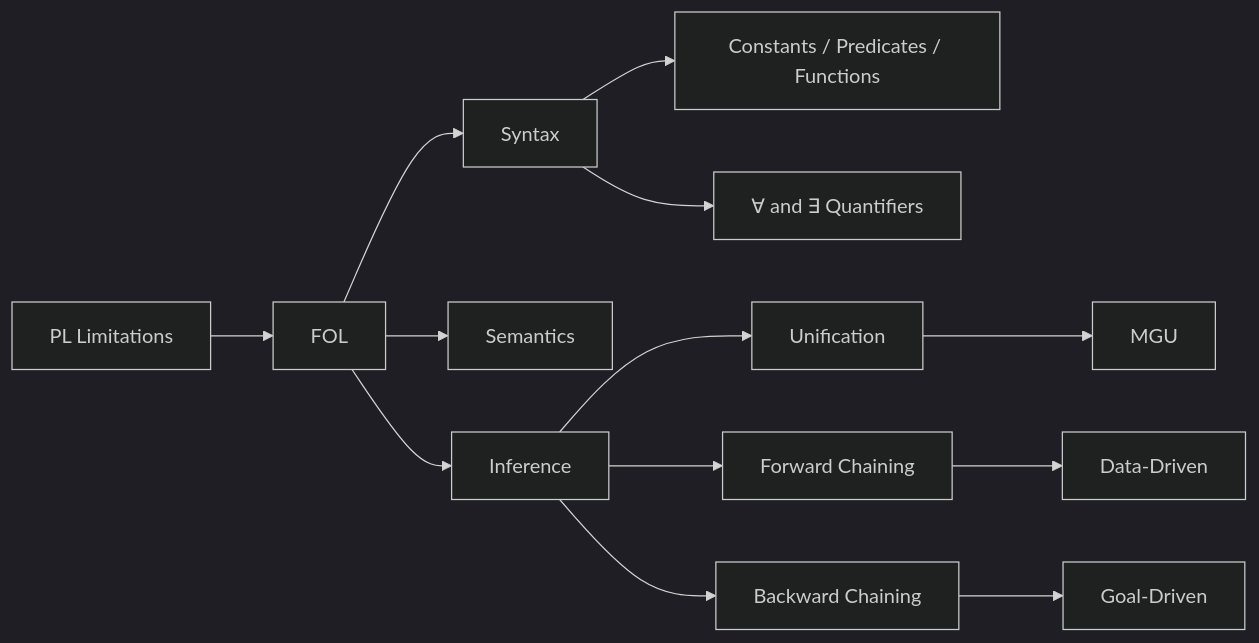
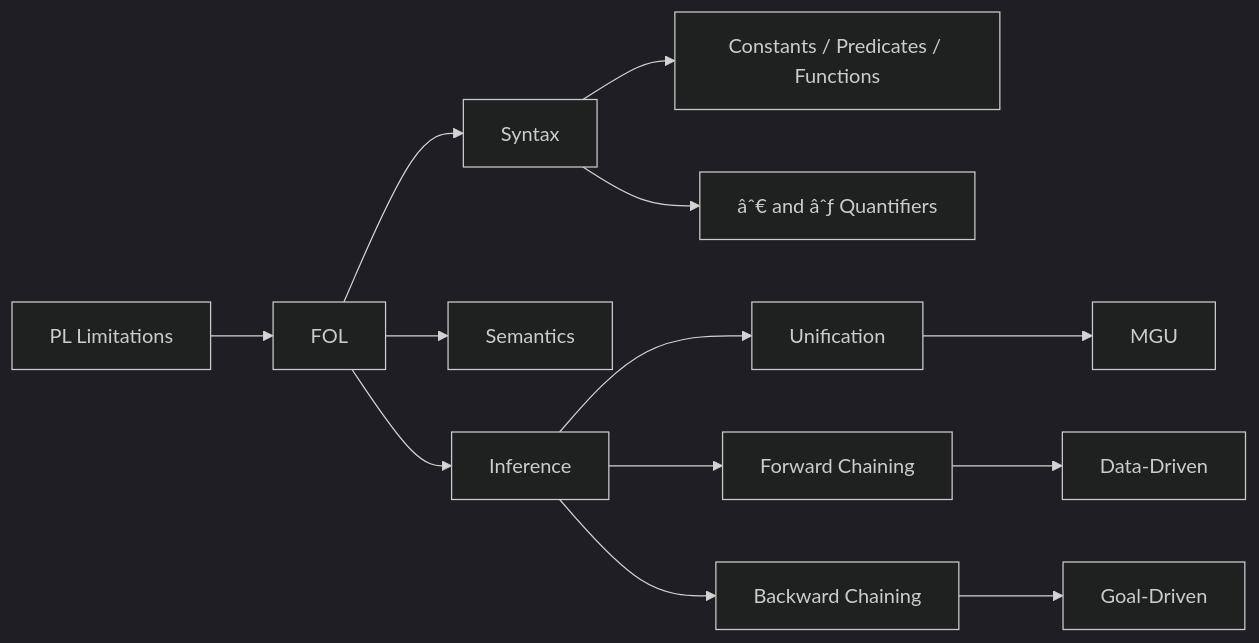
The diagram in docs/courses/artificial-intelligence/07-fol.md (Raushan666java/ai-engineering-journey), drawn with Mermaid (dark theme) before and after one commit. The commit also changed other lines of this file and 533 other files, not shown here.

````diff
--- a/docs/courses/artificial-intelligence/07-fol.md
+++ b/docs/courses/artificial-intelligence/07-fol.md
@@ -26,15 +26,15 @@
 ```mermaid
 flowchart LR
     A[PL Limitations] --> B[FOL]
     B --> C[Syntax]
     B --> D[Semantics]
     C --> E[Constants / Predicates / Functions]
-    C --> F[∀ and ∃ Quantifiers]
+    C --> F[âˆ€ and âˆƒ Quantifiers]
     B --> G[Inference]
     G --> H[Unification]
     G --> I[Forward Chaining]
     G --> J[Backward Chaining]
     H --> K[MGU]
     I --> L[Data-Driven]
     J --> M[Goal-Driven]
 ```
````
